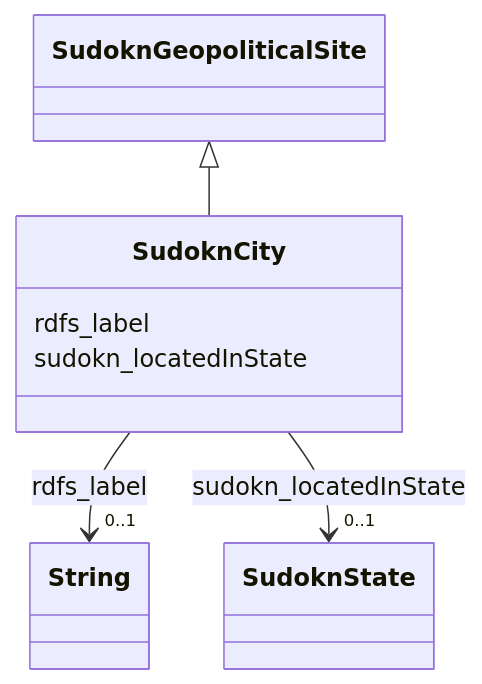
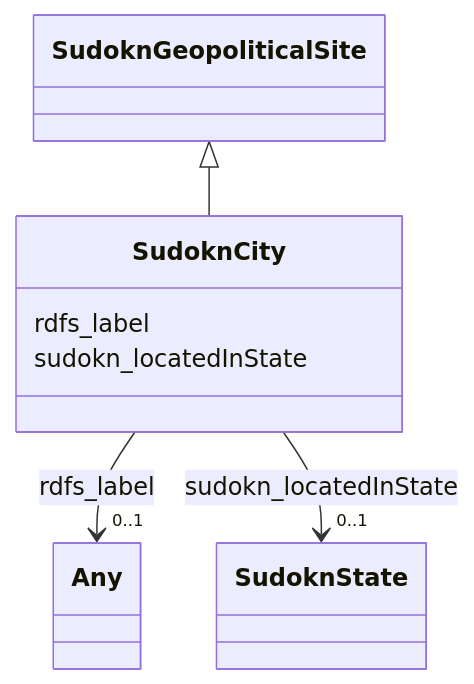
One commit to frink-okn/graph-descriptions changed the diagram in sudokn-kg/classes/SudoknCity.md. Above: the diagram before and after it, drawn with Mermaid. The commit also changed other lines of this file and 903 other files, not shown here.

````diff
--- a/sudokn-kg/classes/SudoknCity.md
+++ b/sudokn-kg/classes/SudoknCity.md
@@ -23,27 +18,27 @@
 ```mermaid
  classDiagram
     class SudoknCity
     click SudoknCity href "../SudoknCity"
       SudoknGeopoliticalSite <|-- SudoknCity
         click SudoknGeopoliticalSite href "../SudoknGeopoliticalSite"
       
       SudoknCity : rdfs_label
         
           
     
     
-    SudoknCity --> "0..1" String : rdfs_label
-    click String href "../String"
+    SudoknCity --> "0..1" Any : rdfs_label
+    click Any href "../Any"
 
         
       SudoknCity : sudokn_locatedInState
         
           
     
     
     SudoknCity --> "0..1" SudoknState : sudokn_locatedInState
     click SudoknState href "../SudoknState"
 
         
       
 ```
````
